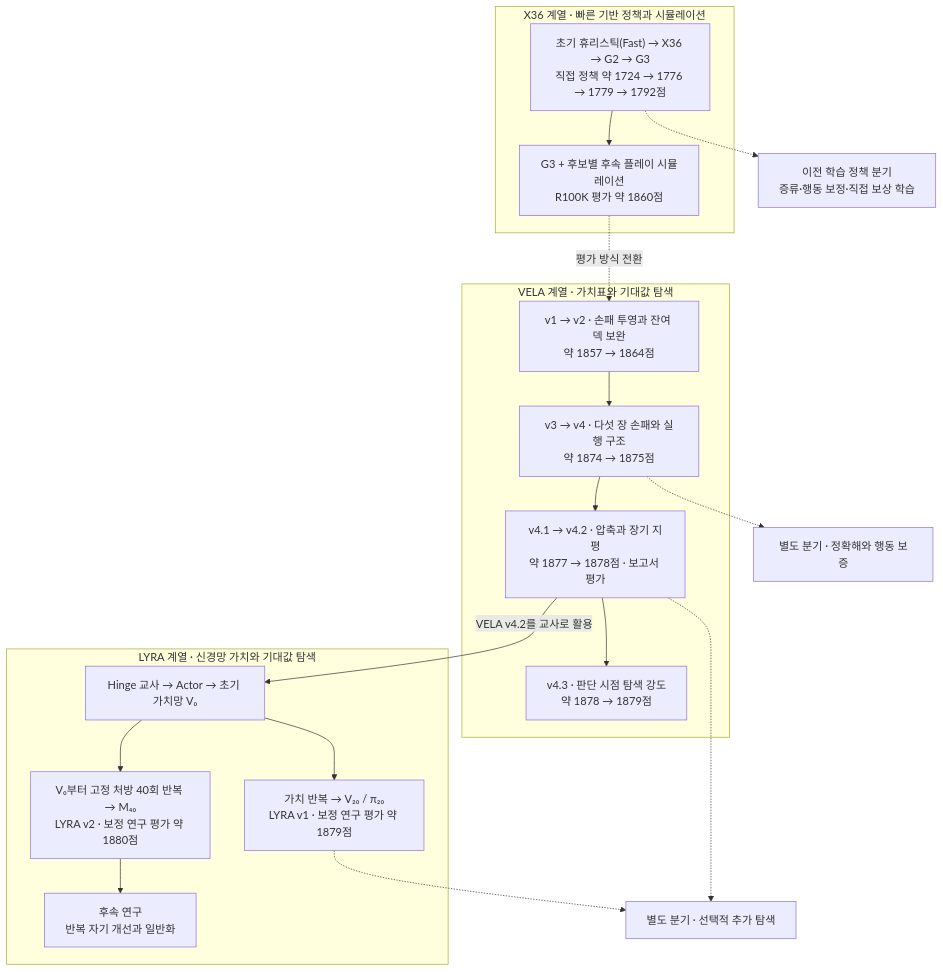
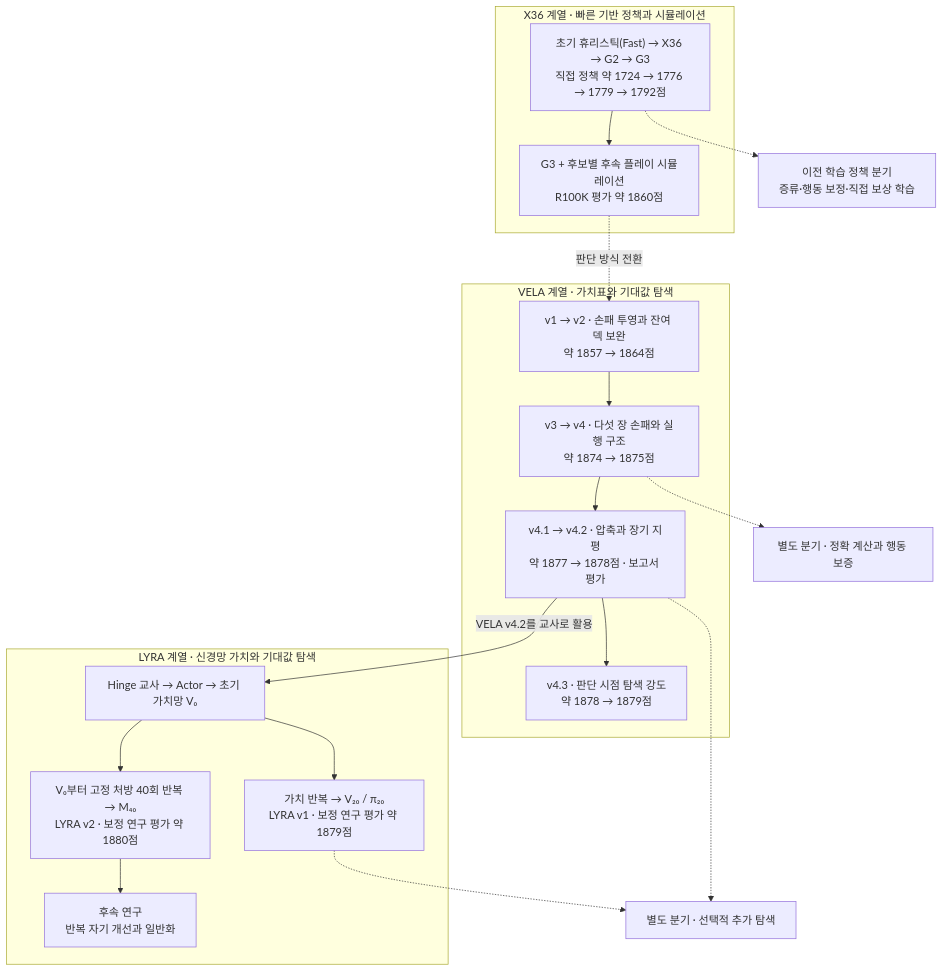
One commit to alfm201/adventure changed the diagram in research/README.ko.md. Above: the diagram before and after it, drawn with Mermaid. The commit also changed other lines of this file and 13 other files, not shown here.

````diff
--- a/research/README.ko.md
+++ b/research/README.ko.md
@@ -21,29 +22,29 @@
 ```mermaid
 flowchart TD
     subgraph X["X36 계열 · 빠른 기반 정책과 시뮬레이션"]
         X0["초기 휴리스틱(Fast) → X36 → G2 → G3<br/>직접 정책 약 1724 → 1776 → 1779 → 1792점"]
         X1["G3 + 후보별 후속 플레이 시뮬레이션<br/>R100K 평가 약 1860점"]
         X0 --> X1
     end
     subgraph V["VELA 계열 · 가치표와 기대값 탐색"]
         V1["v1 → v2 · 손패 투영과 잔여 덱 보완<br/>약 1857 → 1864점"]
         V2["v3 → v4 · 다섯 장 손패와 실행 구조<br/>약 1874 → 1875점"]
         V3["v4.1 → v4.2 · 압축과 장기 지평<br/>약 1877 → 1878점 · 보고서 평가"]
         V4["v4.3 · 판단 시점 탐색 강도<br/>약 1878 → 1879점"]
         V1 --> V2 --> V3 --> V4
     end
     subgraph L["LYRA 계열 · 신경망 가치와 기대값 탐색"]
         L0["Hinge 교사 → Actor → 초기 가치망 V₀"]
         L1["가치 반복 → V₂₀ / π₂₀<br/>LYRA v1 · 보정 연구 평가 약 1879점"]
         L3["V₀부터 고정 처방 40회 반복 → M₄₀<br/>LYRA v2 · 보정 연구 평가 약 1880점"]
         L2["후속 연구<br/>반복 자기 개선과 일반화"]
         L0 --> L1
         L0 --> L3 --> L2
     end
-    X1 -. "평가 방식 전환" .-> V1
+    X1 -. "판단 방식 전환" .-> V1
     X0 -.-> N["이전 학습 정책 분기<br/>증류·행동 보정·직접 보상 학습"]
     V3 -->|"VELA v4.2를 교사로 활용"| L0
-    V2 -.-> E["별도 분기 · 정확해와 행동 보증"]
+    V2 -.-> E["별도 분기 · 정확 계산과 행동 보증"]
     V3 -.-> S["별도 분기 · 선택적 추가 탐색"]
     L1 -.-> S
 ```
````
